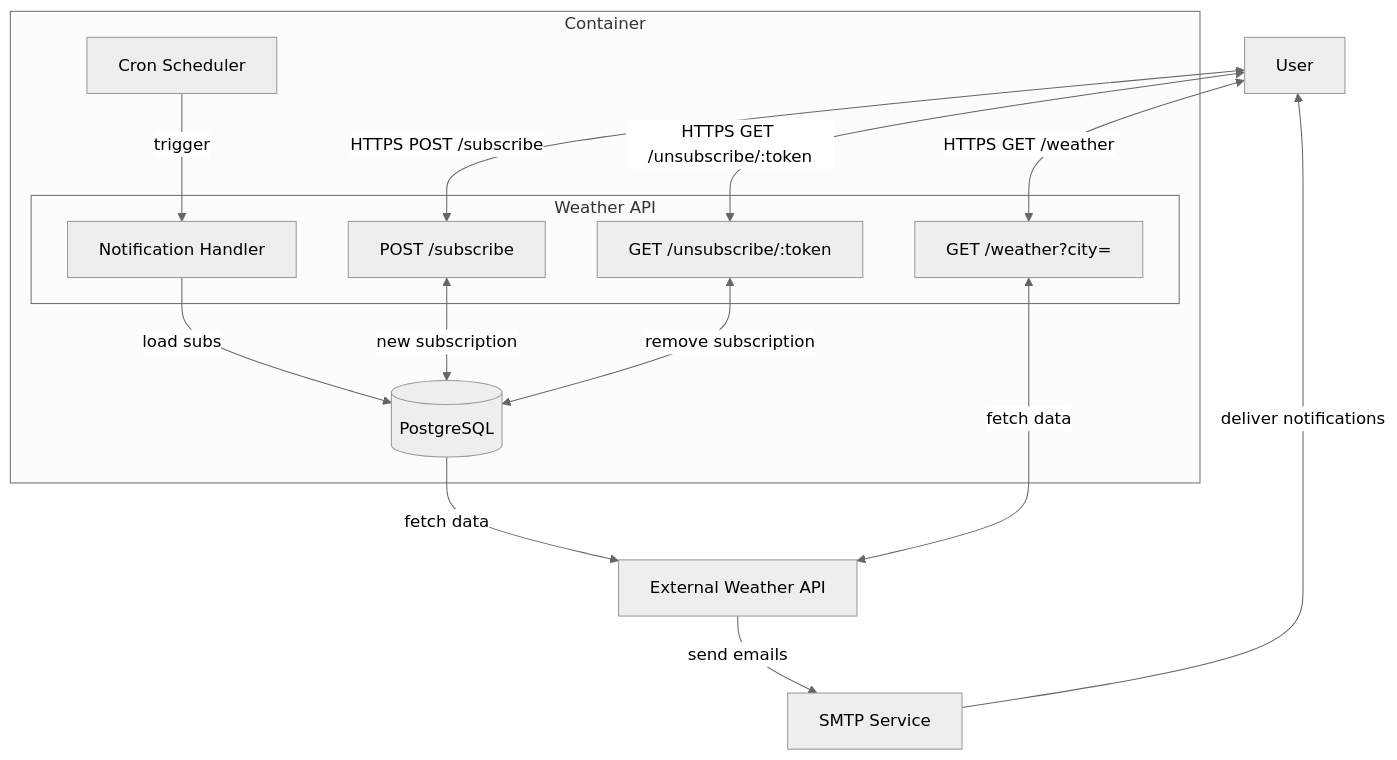
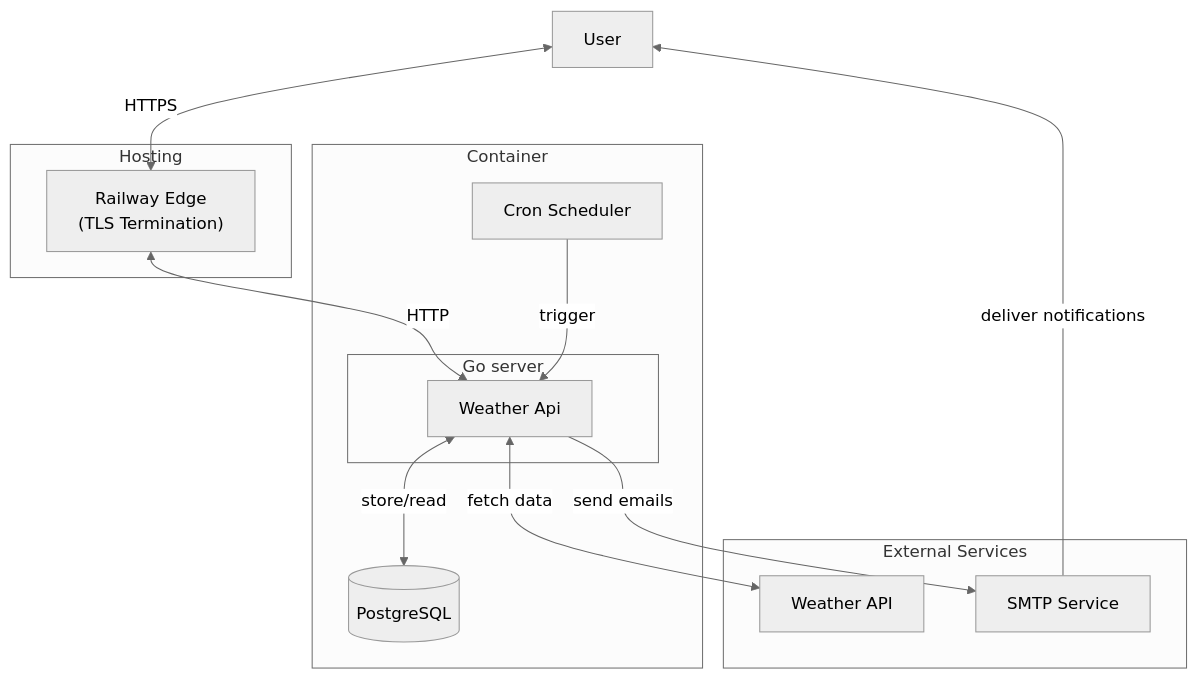
Before and after one commit to GenesisEducationKyiv/software-engineering-school-5-0-Van4ooo: the diagram in docs/system-design.md, drawn with Mermaid (neutral theme).

Commit message:
refactor: rewrite mermaid graph

````diff
--- a/docs/system-design.md
+++ b/docs/system-design.md
@@ -61,36 +61,32 @@
 ```mermaid
 graph TD
     User[User]
 
     subgraph  Container
-      subgraph API[Weather API]
-        WeatherEP["GET /weather?city=<city>"]
-        SubscribeEP["POST /subscribe"]
-        UnsubscribeEP["GET /unsubscribe/:token"]
-        Emailer["Notification Handler"]
+      subgraph API[Go server]
+        WeatherApi["Weather Api"]
       end
 
       DB[(PostgreSQL)]
       Cron[Cron Scheduler]
     end
 
-    SMTP[SMTP Service]
-    External[External Weather API]
+    subgraph External Services
+      SMTP[SMTP Service]
+      External[Weather API]
+    end
 
-    User <-->|HTTPS POST /subscribe| SubscribeEP
-    SubscribeEP <-->|new subscription| DB
+    subgraph Hosting
+      RailwayEdge["Railway Edge</br> (TLS Termination)"]
+    end
 
-    User <-->|HTTPS GET /unsubscribe/:token| UnsubscribeEP
-    UnsubscribeEP <-->|remove subscription| DB
+    User <-->|HTTPS| RailwayEdge
+    RailwayEdge <-->|HTTP| WeatherApi
+    Cron -->|trigger| WeatherApi
 
-    
-    User <-->|HTTPS GET /weather| WeatherEP
-    WeatherEP <-->|fetch data| External
+    WeatherApi <-->|store/read| DB
+    WeatherApi <-->| fetch data| External
+    WeatherApi -->|send emails| SMTP
+    SMTP -->|deliver notifications| User
 
-  
-    Cron -->|trigger| Emailer
-    Emailer -->|load subs| DB
-    DB -->|fetch data| External
-    External -->|send emails| SMTP
-    SMTP -->|deliver notifications| User
 ```
````
